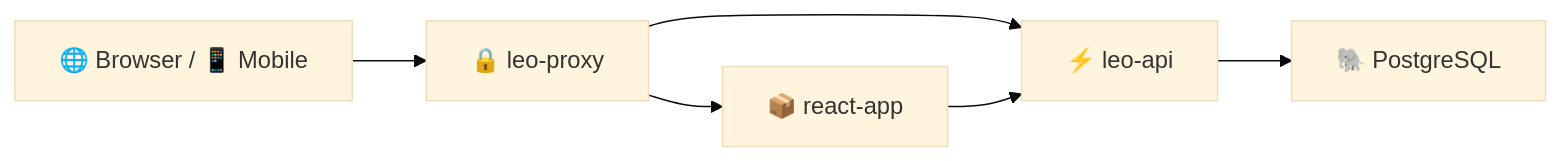
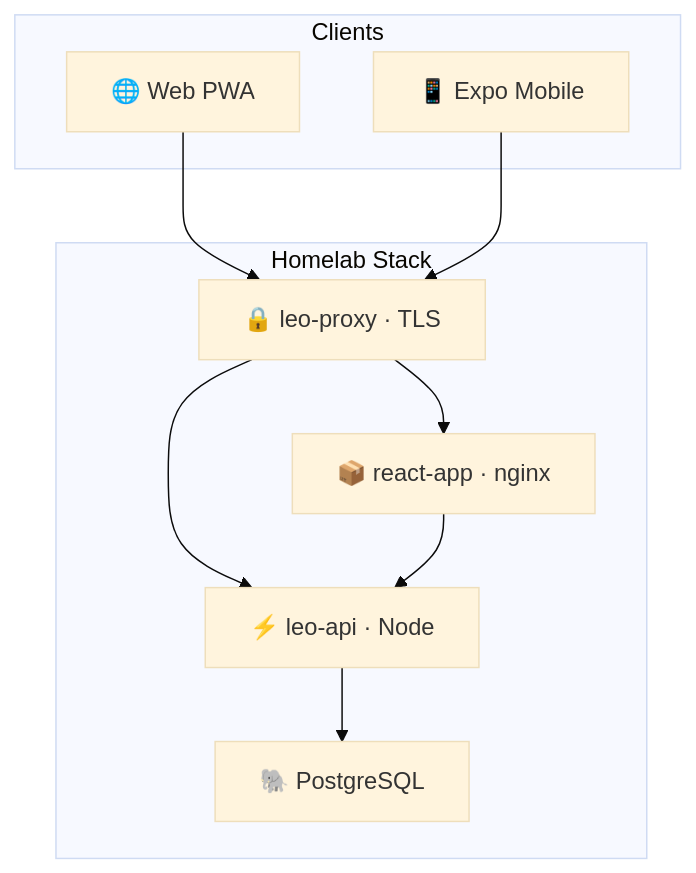
One commit to adhuhaam/sky_office_homelab changed the diagram in README.md. Above: the diagram before and after it, drawn with Mermaid (base theme). The commit also changed other lines of this file, not shown here.

Commit message:
Enhance root README with polished hero, feature grid, and architecture diagram.

````diff
--- a/README.md
+++ b/README.md
@@ -89,12 +76,21 @@
 ```mermaid
-flowchart LR
-  Browser["🌐 Browser / 📱 Mobile"]
-  Proxy["🔒 leo-proxy"]
-  Web["📦 react-app"]
-  API["⚡ leo-api"]
+flowchart TB
+  subgraph clients["Clients"]
+    Web["🌐 Web PWA"]
+    Mobile["📱 Expo Mobile"]
+  end
+
+  subgraph homelab["Homelab Stack"]
+  Proxy["🔒 leo-proxy · TLS"]
+  Static["📦 react-app · nginx"]
+  API["⚡ leo-api · Node"]
   DB["🐘 PostgreSQL"]
+  end
 
-  Browser --> Proxy --> Web
-  Proxy --> API --> DB
-  Web --> API
+  Web --> Proxy
+  Mobile --> Proxy
+  Proxy --> Static
+  Proxy --> API
+  Static --> API
+  API --> DB
 ```
````
